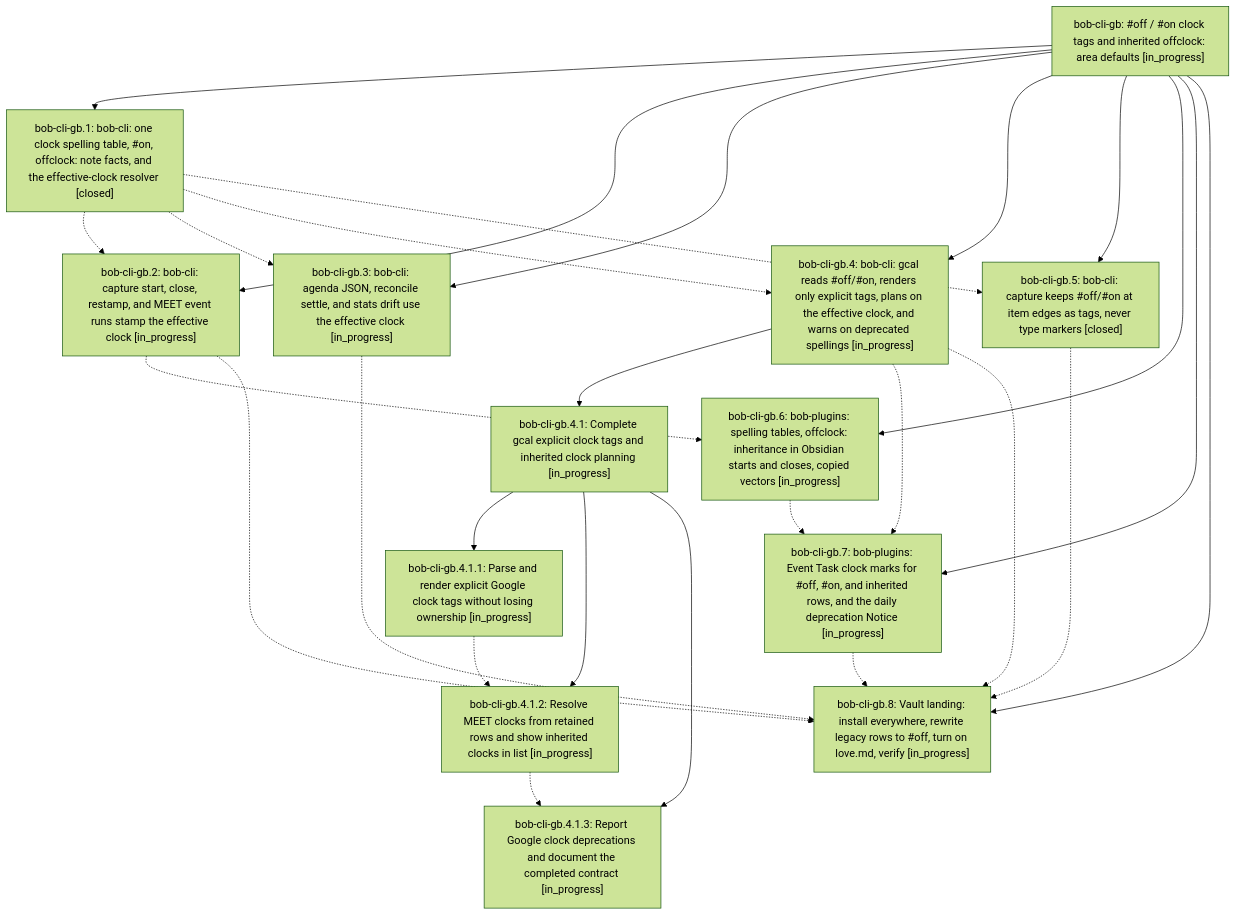
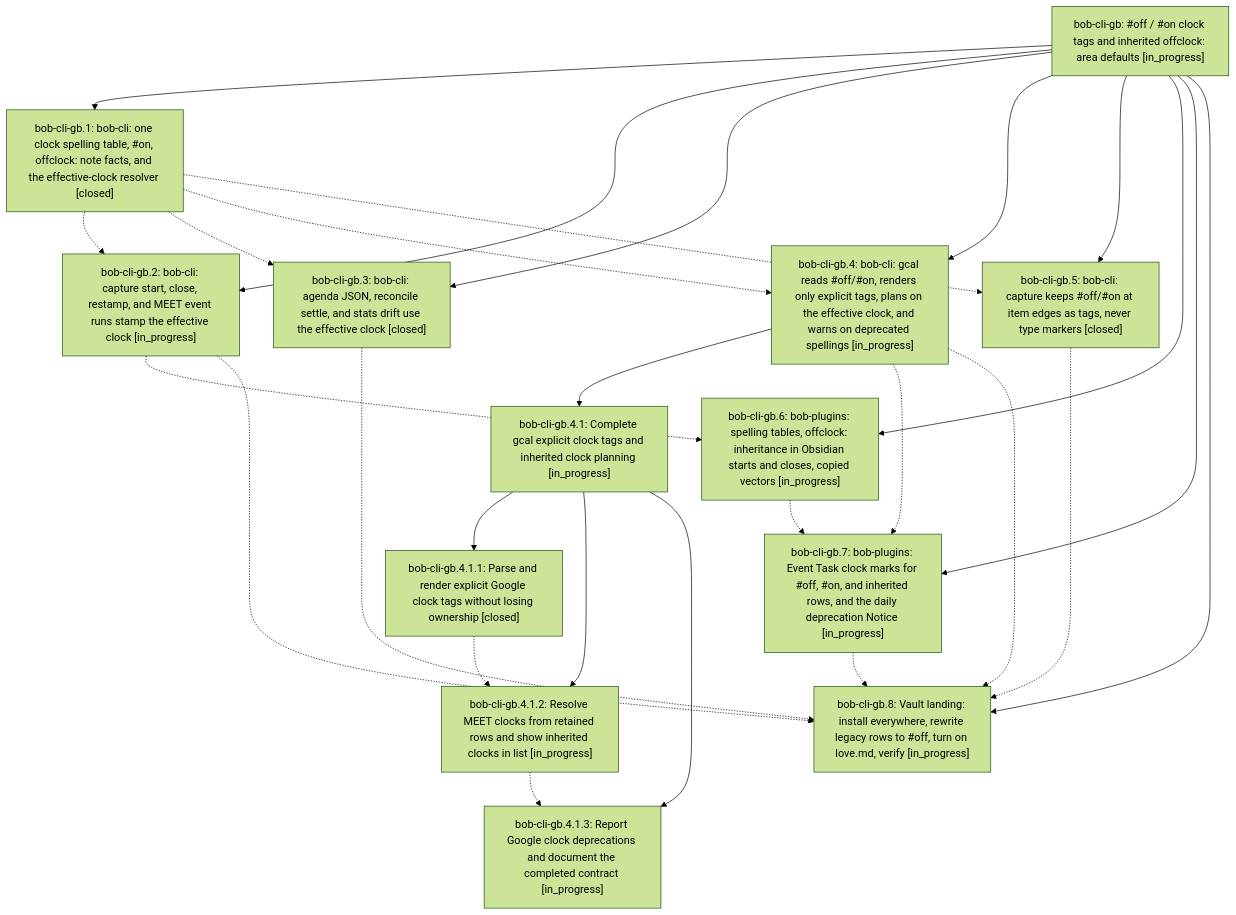
The diagram in pages/bob-cli-gb/README.md (bobs-org/bob-cli--beads), drawn with Mermaid (forest theme) before and after one commit. The commit also changed other lines of this file and 7 other files, not shown here.

First line of the commit message:
chore(beads): sync bead state and pages for bob-cli-gb

````diff
--- a/pages/bob-cli-gb/README.md
+++ b/pages/bob-cli-gb/README.md
@@ -41,42 +41,42 @@
 ```mermaid
 flowchart TD
     n0["bob-cli-gb: #off / #on clock tags and inherited offclock: area defaults [in_progress]"]
     n1["bob-cli-gb.1: bob-cli: one clock spelling table, #on, offclock: note facts, and the effective-clock resolver [closed]"]
     n2["bob-cli-gb.2: bob-cli: capture start, close, restamp, and MEET event runs stamp the effective clock [in_progress]"]
-    n3["bob-cli-gb.3: bob-cli: agenda JSON, reconcile settle, and stats drift use the effective clock [in_progress]"]
+    n3["bob-cli-gb.3: bob-cli: agenda JSON, reconcile settle, and stats drift use the effective clock [closed]"]
     n4["bob-cli-gb.4: bob-cli: gcal reads #off/#on, renders only explicit tags, plans on the effective clock, and warns on deprecated spellings [in_progress]"]
     n5["bob-cli-gb.4.1: Complete gcal explicit clock tags and inherited clock planning [in_progress]"]
-    n6["bob-cli-gb.4.1.1: Parse and render explicit Google clock tags without losing ownership [in_progress]"]
+    n6["bob-cli-gb.4.1.1: Parse and render explicit Google clock tags without losing ownership [closed]"]
     n7["bob-cli-gb.4.1.2: Resolve MEET clocks from retained rows and show inherited clocks in list [in_progress]"]
     n8["bob-cli-gb.4.1.3: Report Google clock deprecations and document the completed contract [in_progress]"]
     n9["bob-cli-gb.5: bob-cli: capture keeps #off/#on at item edges as tags, never type markers [closed]"]
     n10["bob-cli-gb.6: bob-plugins: spelling tables, offclock: inheritance in Obsidian starts and closes, copied vectors [in_progress]"]
     n11["bob-cli-gb.7: bob-plugins: Event Task clock marks for #off, #on, and inherited rows, and the daily deprecation Notice [in_progress]"]
     n12["bob-cli-gb.8: Vault landing: install everywhere, rewrite legacy rows to #off, turn on love.md, verify [in_progress]"]
     n0 --> n1
     n0 --> n2
     n0 --> n3
     n0 --> n4
     n4 --> n5
     n5 --> n6
     n5 --> n7
     n5 --> n8
     n0 --> n9
     n0 --> n10
     n0 --> n11
     n0 --> n12
     n1 -.-> n2
     n1 -.-> n3
     n1 -.-> n4
     n1 -.-> n9
     n2 -.-> n10
     n2 -.-> n12
     n3 -.-> n12
     n4 -.-> n11
     n4 -.-> n12
     n6 -.-> n7
     n7 -.-> n8
     n9 -.-> n12
     n10 -.-> n11
     n11 -.-> n12
 ```
````
